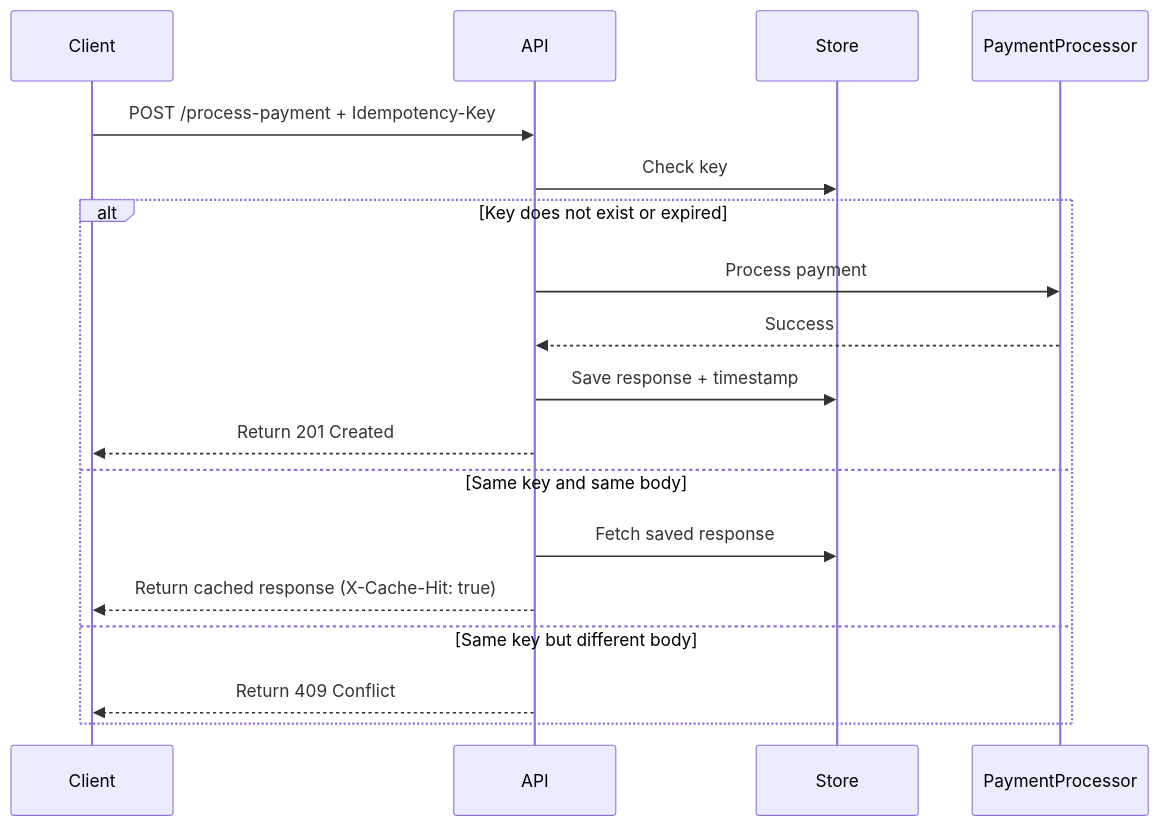
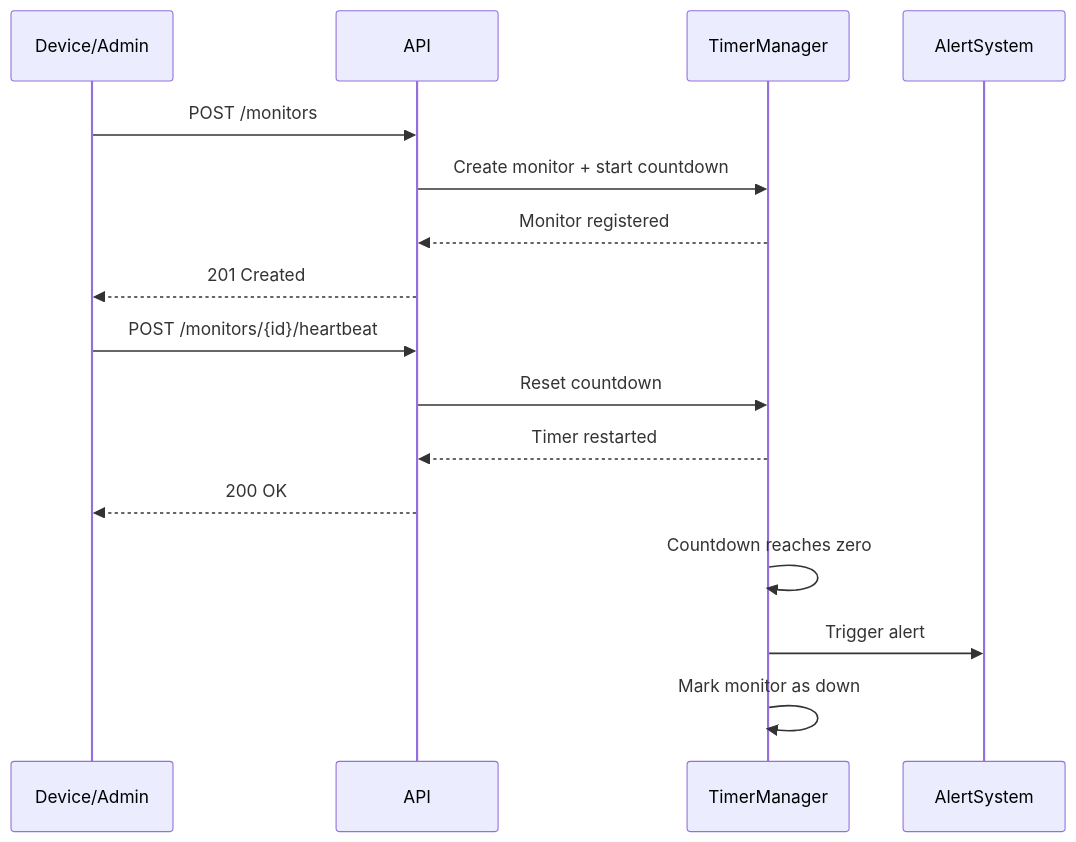
The diagram in backend/Idempotency-gateway/README.md (mug1sha/AmaliTech-DEG-Project-based-challenges), drawn with Mermaid before and after one commit. The commit also changed other lines of this file, not shown here.

````diff
--- a/backend/Idempotency-gateway/README.md
+++ b/backend/Idempotency-gateway/README.md
@@ -79,22 +10,21 @@
 ```mermaid
 sequenceDiagram
-    participant Client
+    participant Device/Admin
     participant API
-    participant Store
-    participant PaymentProcessor
+    participant TimerManager
+    participant AlertSystem
 
-    Client->>API: POST /process-payment + Idempotency-Key
-    API->>Store: Check key
+    Device/Admin->>API: POST /monitors
+    API->>TimerManager: Create monitor + start countdown
+    TimerManager-->>API: Monitor registered
+    API-->>Device/Admin: 201 Created
 
-    alt Key does not exist or expired
-        API->>PaymentProcessor: Process payment
-        PaymentProcessor-->>API: Success
-        API->>Store: Save response + timestamp
-        API-->>Client: Return 201 Created
-    else Same key and same body
-        API->>Store: Fetch saved response
-        API-->>Client: Return cached response (X-Cache-Hit: true)
-    else Same key but different body
-        API-->>Client: Return 409 Conflict
-    end
+    Device/Admin->>API: POST /monitors/{id}/heartbeat
+    API->>TimerManager: Reset countdown
+    TimerManager-->>API: Timer restarted
+    API-->>Device/Admin: 200 OK
+
+    TimerManager->>TimerManager: Countdown reaches zero
+    TimerManager->>AlertSystem: Trigger alert
+    TimerManager->>TimerManager: Mark monitor as down
 ```
````
